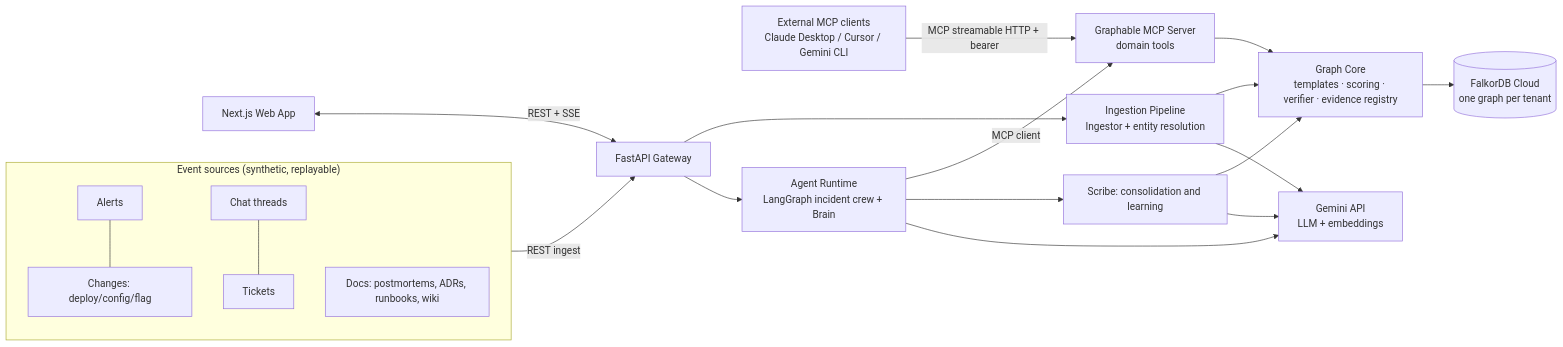
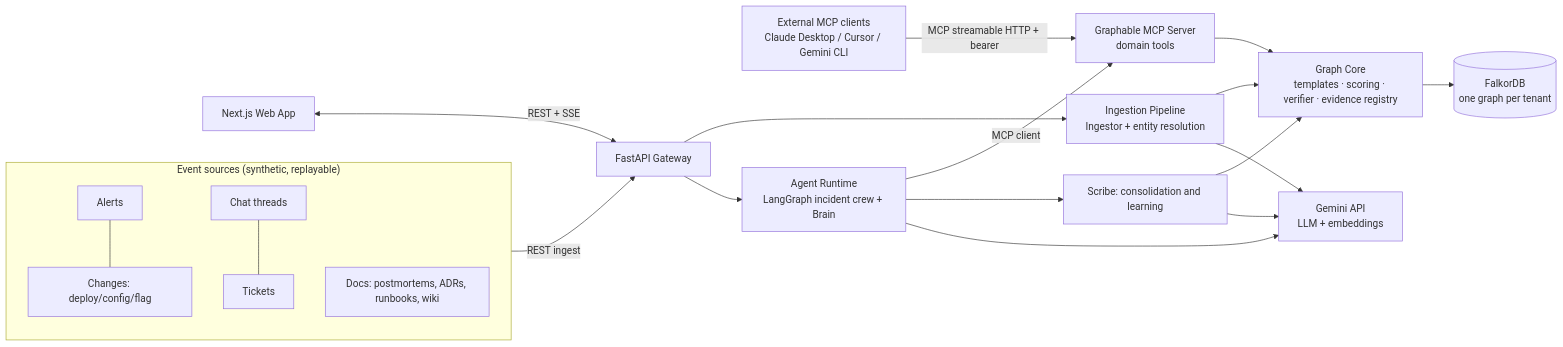
The first of 4 diagrams in docs/ARCHITECTURE.md (devanshucodes/graphable), drawn with Mermaid before and after one commit. The commit also changed other lines of this file and 11 other files, not shown here.

````diff
--- a/docs/ARCHITECTURE.md
+++ b/docs/ARCHITECTURE.md
@@ -28,20 +29,20 @@
 ```mermaid
 flowchart LR
   subgraph Sources["Event sources (synthetic, replayable)"]
     A[Alerts] --- C[Changes: deploy/config/flag]
     M[Chat threads] --- T[Tickets]
     D[Docs: postmortems, ADRs, runbooks, wiki]
   end
   Sources -->|REST ingest| API[FastAPI Gateway]
   UI[Next.js Web App] <-->|REST + SSE| API
   EXT[External MCP clients\nClaude Desktop / Cursor / Gemini CLI] -->|MCP streamable HTTP + bearer| MCP
   API --> ING[Ingestion Pipeline\nIngestor + entity resolution]
   API --> ORCH[Agent Runtime\nLangGraph incident crew + Brain]
   ORCH -->|MCP client| MCP[Graphable MCP Server\ndomain tools]
   ING --> CORE
   MCP --> CORE[Graph Core\ntemplates · scoring · verifier · evidence registry]
   ORCH --> SCRIBE[Scribe: consolidation and learning]
   SCRIBE --> CORE
-  CORE --> FDB[(FalkorDB Cloud\none graph per tenant)]
+  CORE --> FDB[(FalkorDB\none graph per tenant)]
   ORCH & ING & SCRIBE --> GEM[Gemini API\nLLM + embeddings]
 ```
````
